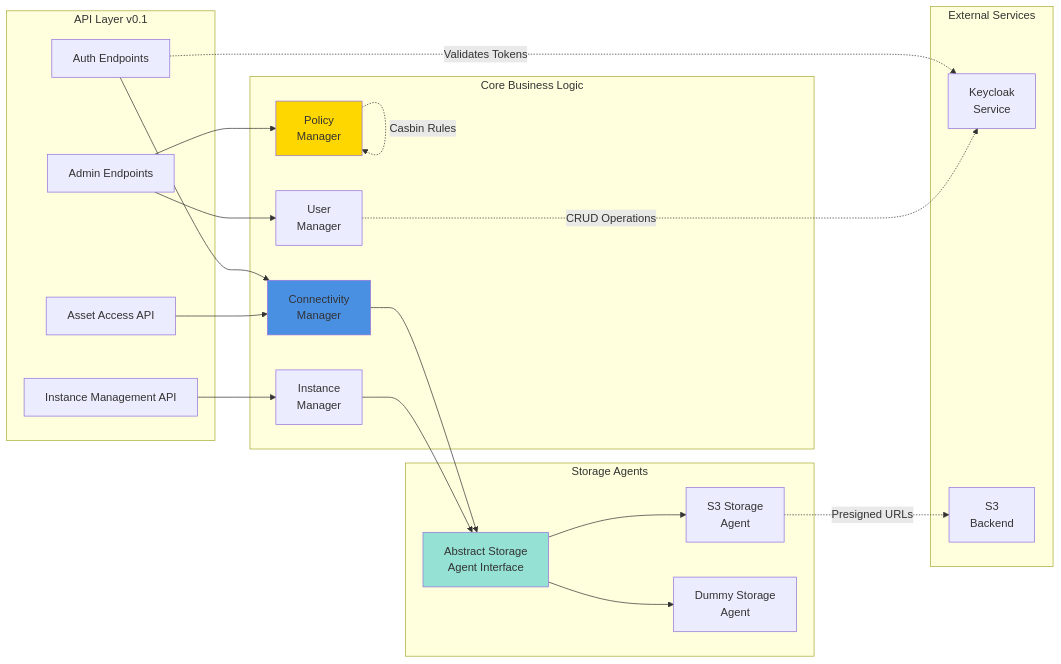
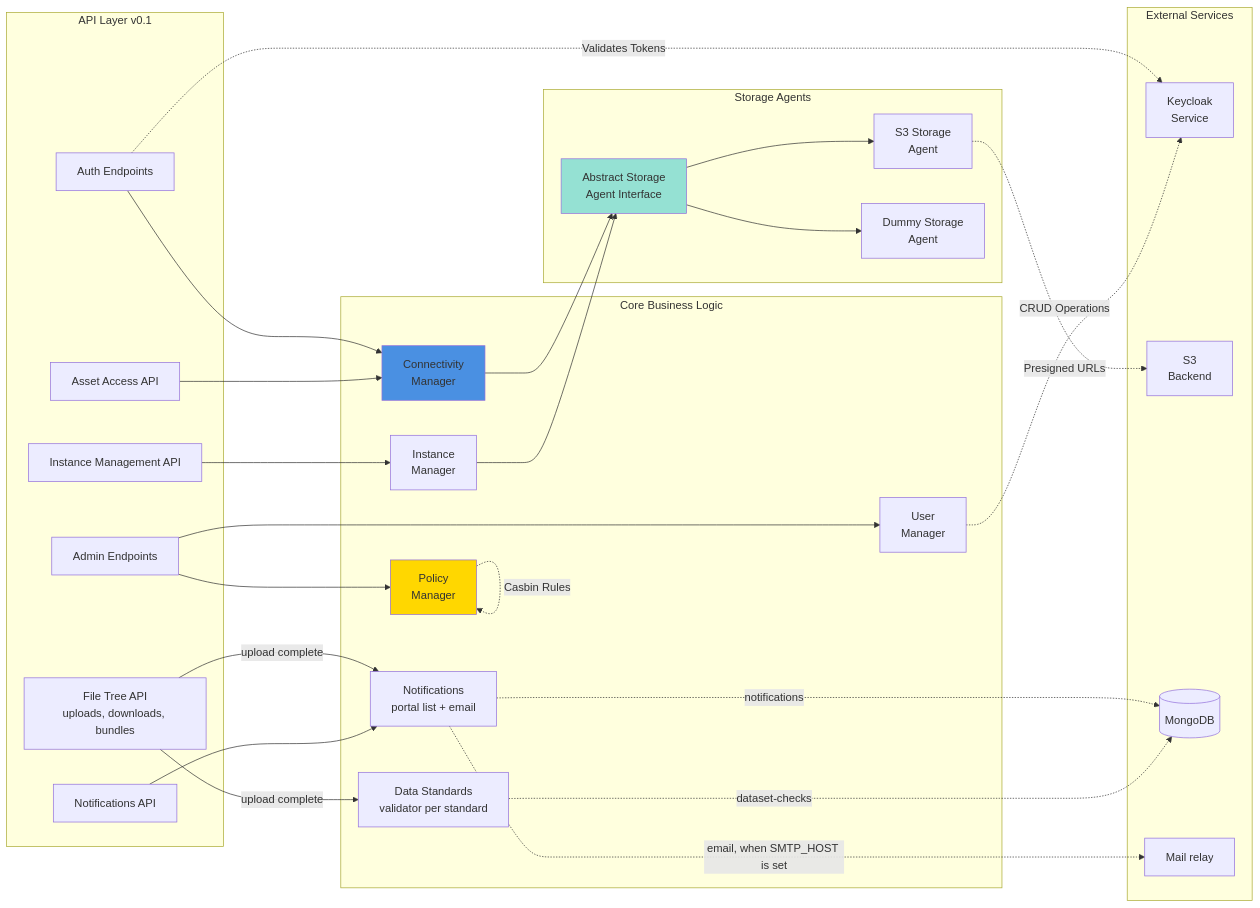
The second of 4 diagrams in docs/diagrams/component-architecture.md (pmahon3/Data-Portal), drawn with Mermaid before and after one commit. The commit also changed other lines of this file and 3 other files, not shown here.

First line of the commit message:
docs: project docs cover notifications, data standards, bundle ownership and literal policy paths

````diff
--- a/docs/diagrams/component-architecture.md
+++ b/docs/diagrams/component-architecture.md
@@ -63,47 +63,59 @@
 ```mermaid
 graph LR
     subgraph "API Layer v0.1"
         AuthAPI[Auth Endpoints]
         AssetAPI[Asset Access API]
         AdminAPI[Admin Endpoints]
         InstanceAPI[Instance Management API]
+        TreeAPI[File Tree API<br/>uploads, downloads, bundles]
+        NotifyAPI[Notifications API]
     end
 
     subgraph "Core Business Logic"
         ConnMgr[Connectivity<br/>Manager]
         PolicyMgr[Policy<br/>Manager]
         InstanceMgr[Instance<br/>Manager]
         UserMgr[User<br/>Manager]
+        Notify[Notifications<br/>portal list + email]
+        Standards[Data Standards<br/>validator per standard]
     end
 
     subgraph "Storage Agents"
         S3Agent[S3 Storage<br/>Agent]
         DummyAgent[Dummy Storage<br/>Agent]
         AbstractAgent[Abstract Storage<br/>Agent Interface]
     end
 
     subgraph "External Services"
         KeycloakSvc[Keycloak<br/>Service]
         S3Backend[S3<br/>Backend]
+        Mongo[(MongoDB)]
+        Relay[Mail relay]
     end
 
     AuthAPI --> ConnMgr
     AssetAPI --> ConnMgr
     AdminAPI --> PolicyMgr
     AdminAPI --> UserMgr
     InstanceAPI --> InstanceMgr
+    TreeAPI -->|upload complete| Notify
+    TreeAPI -->|upload complete| Standards
+    NotifyAPI --> Notify
 
     ConnMgr --> AbstractAgent
     InstanceMgr --> AbstractAgent
     AbstractAgent --> S3Agent
     AbstractAgent --> DummyAgent
 
     AuthAPI -.->|Validates Tokens| KeycloakSvc
     PolicyMgr -.->|Casbin Rules| PolicyMgr
     UserMgr -.->|CRUD Operations| KeycloakSvc
     S3Agent -.->|Presigned URLs| S3Backend
+    Notify -.->|notifications| Mongo
+    Notify -.->|email, when SMTP_HOST is set| Relay
+    Standards -.->|dataset-checks| Mongo
 
     style ConnMgr fill:#4A90E2
     style PolicyMgr fill:#FFD700
     style AbstractAgent fill:#95E1D3
 ```
````
